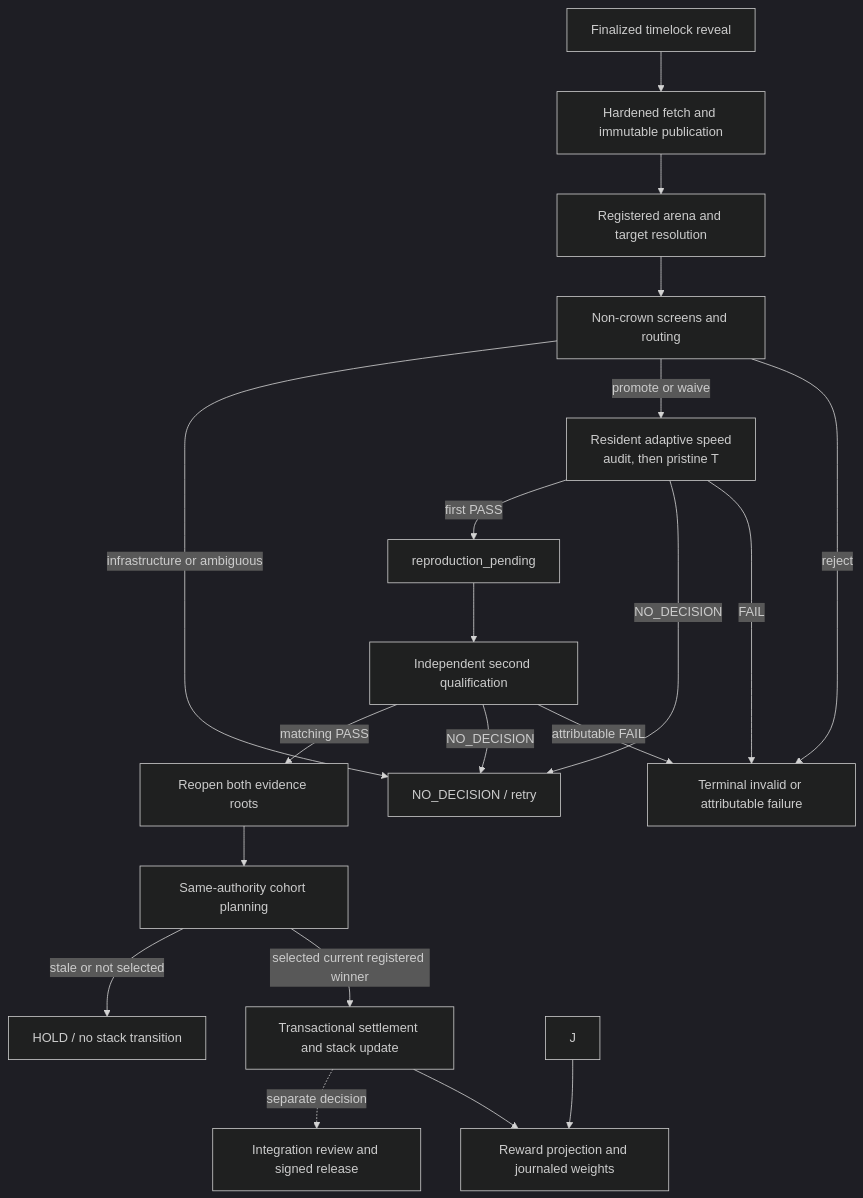
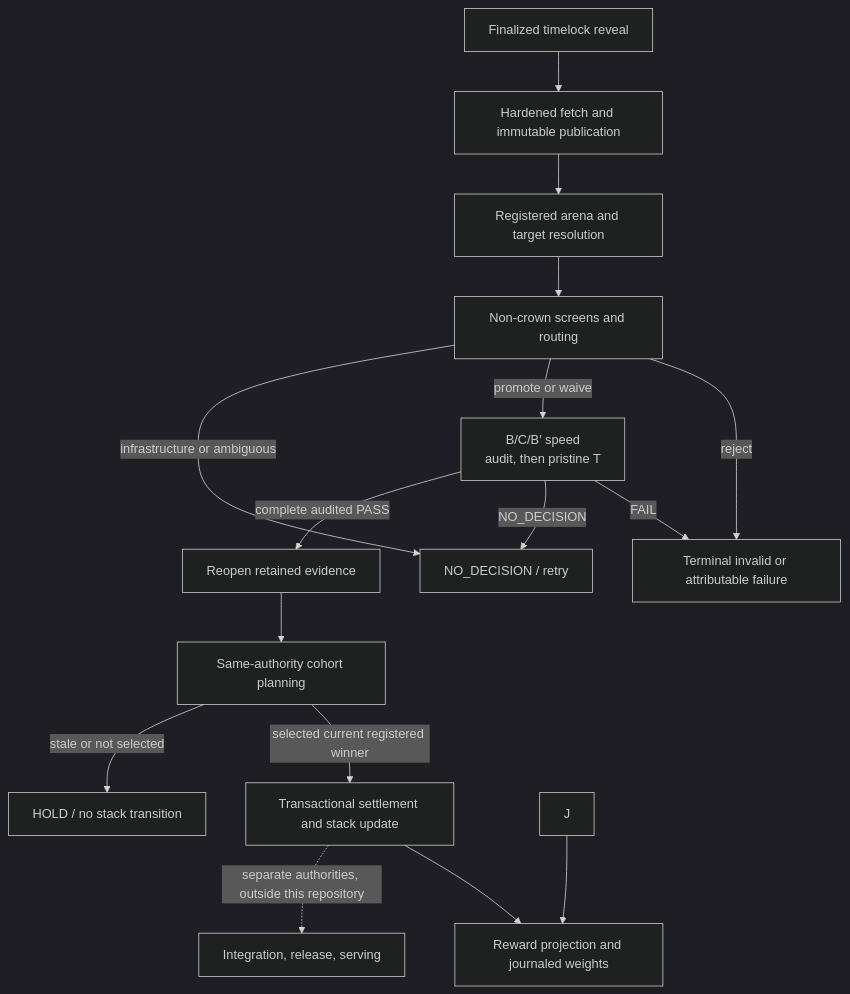
One commit to latent-to/cacheon changed the diagram in docs/architecture/pipeline.md. Above: the diagram before and after it, drawn with Mermaid (dark theme). The commit also changed other lines of this file and 433 other files, not shown here.

````diff
--- a/docs/architecture/pipeline.md
+++ b/docs/architecture/pipeline.md
@@ -34,22 +33,18 @@
 ```mermaid
 flowchart TD
     A["Finalized timelock reveal"] --> B["Hardened fetch and immutable publication"]
     B --> C["Registered arena and target resolution"]
     C --> D["Non-crown screens and routing"]
     D -->|"reject"| F["Terminal invalid or attributable failure"]
-    D -->|"promote or waive"| Q["Resident adaptive speed<br/>audit, then pristine T"]
+    D -->|"promote or waive"| Q["B/C/B′ speed<br/>audit, then pristine T"]
     D -->|"infrastructure or ambiguous"| N["NO_DECISION / retry"]
     Q -->|"FAIL"| F
     Q -->|"NO_DECISION"| N
-    Q -->|"first PASS"| P["reproduction_pending"]
-    P --> R["Independent second qualification"]
-    R -->|"attributable FAIL"| F
-    R -->|"NO_DECISION"| N
-    R -->|"matching PASS"| S["Reopen both evidence roots"]
+    Q -->|"complete audited PASS"| S["Reopen retained evidence"]
     S --> G["Same-authority cohort planning"]
     G -->|"selected current registered winner"| T["Transactional settlement and stack update"]
     G -->|"stale or not selected"| H["HOLD / no stack transition"]
     T --> W["Reward projection and journaled weights"]
     J --> W
-    T -. "separate decision" .-> I["Integration review and signed release"]
+    T -. "separate authorities, outside this repository" .-> I["Integration, release, serving"]
 ```
````
